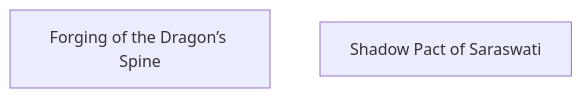
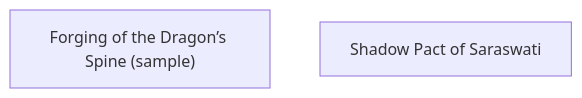
The first of 3 diagrams in docs/atlas.md (lordlebu/SouthOfTethys), drawn with Mermaid before and after one commit. The commit also changed other lines of this file and 18 other files, not shown here.

````diff
--- a/docs/atlas.md
+++ b/docs/atlas.md
@@ -50,5 +50,5 @@
 ```mermaid
 graph TD
-    E0["Forging of the Dragon’s Spine"]
+    E0["Forging of the Dragon’s Spine (sample)"]
     E1["Shadow Pact of Saraswati"]
 ```
````
